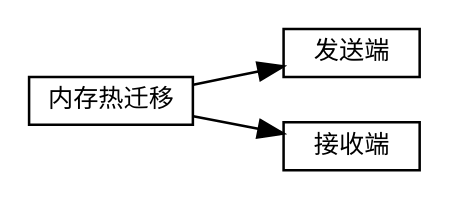
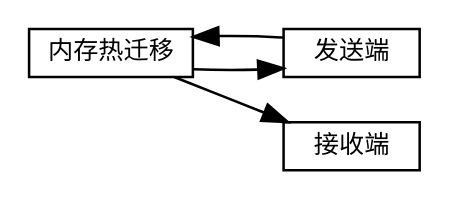
Before and after one commit to sisyphus1212/note: the diagram in 虚拟化/热迁移/1-内存热迁移.md, drawn with Graphviz.

Commit message:
auto_update

````diff
--- a/虚拟化/热迁移/1-内存热迁移.md
+++ b/虚拟化/热迁移/1-内存热迁移.md
@@ -11,13 +11,14 @@
 ```graphviz
 digraph 热迁移 {
 fontname="Helvetica,Arial,sans-serif"
 //node [fontname="Helvetica,Arial,sans-serif"]
 edge [fontname="Helvetica,Arial,sans-serif"]
 rankdir="LR"
 node [fontsize=10, shape=box, height=0.25]
 edge [fontsize=10]
 内存热迁移 [label="内存热迁移"]
 内存热迁移 -> 发送端
+           ->
 内存热迁移 -> 接收端
 }
 ```
````
